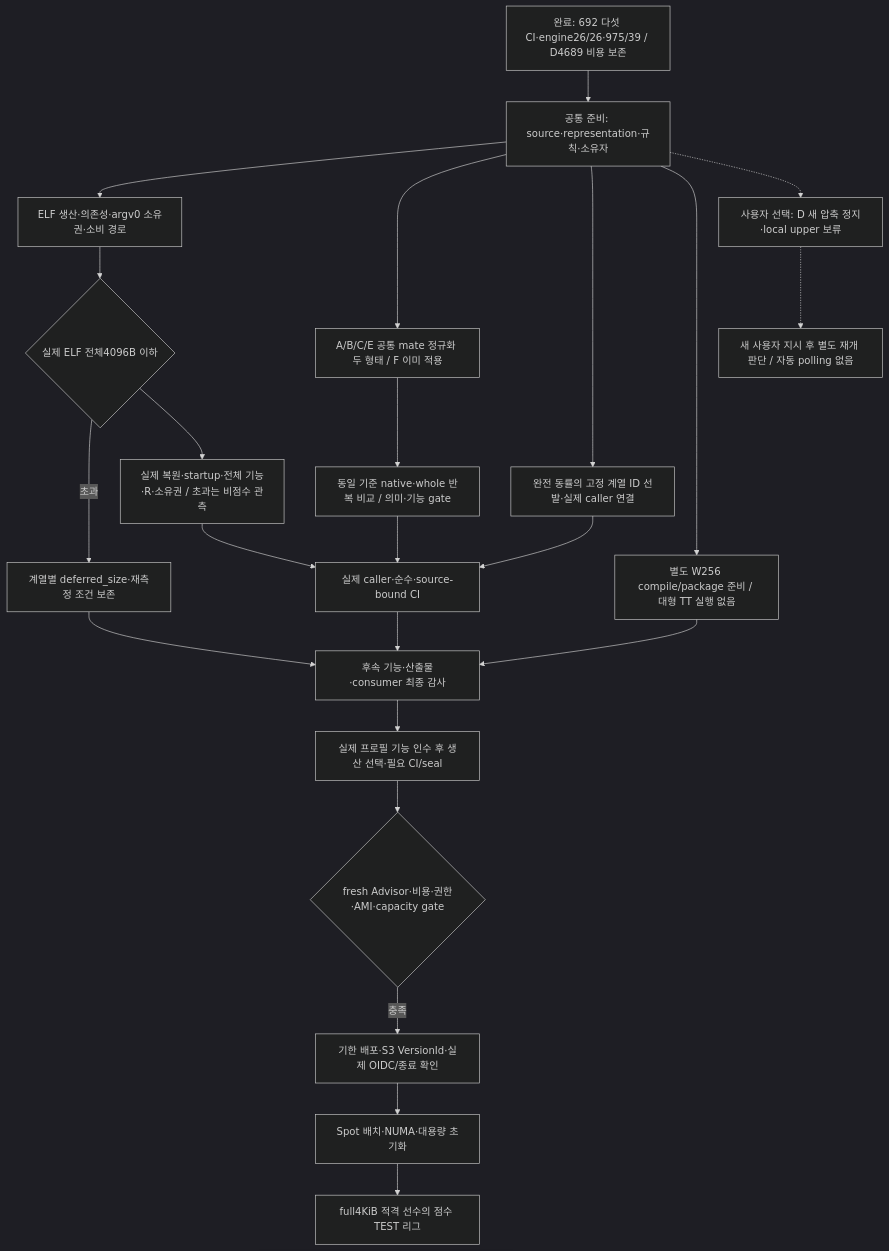
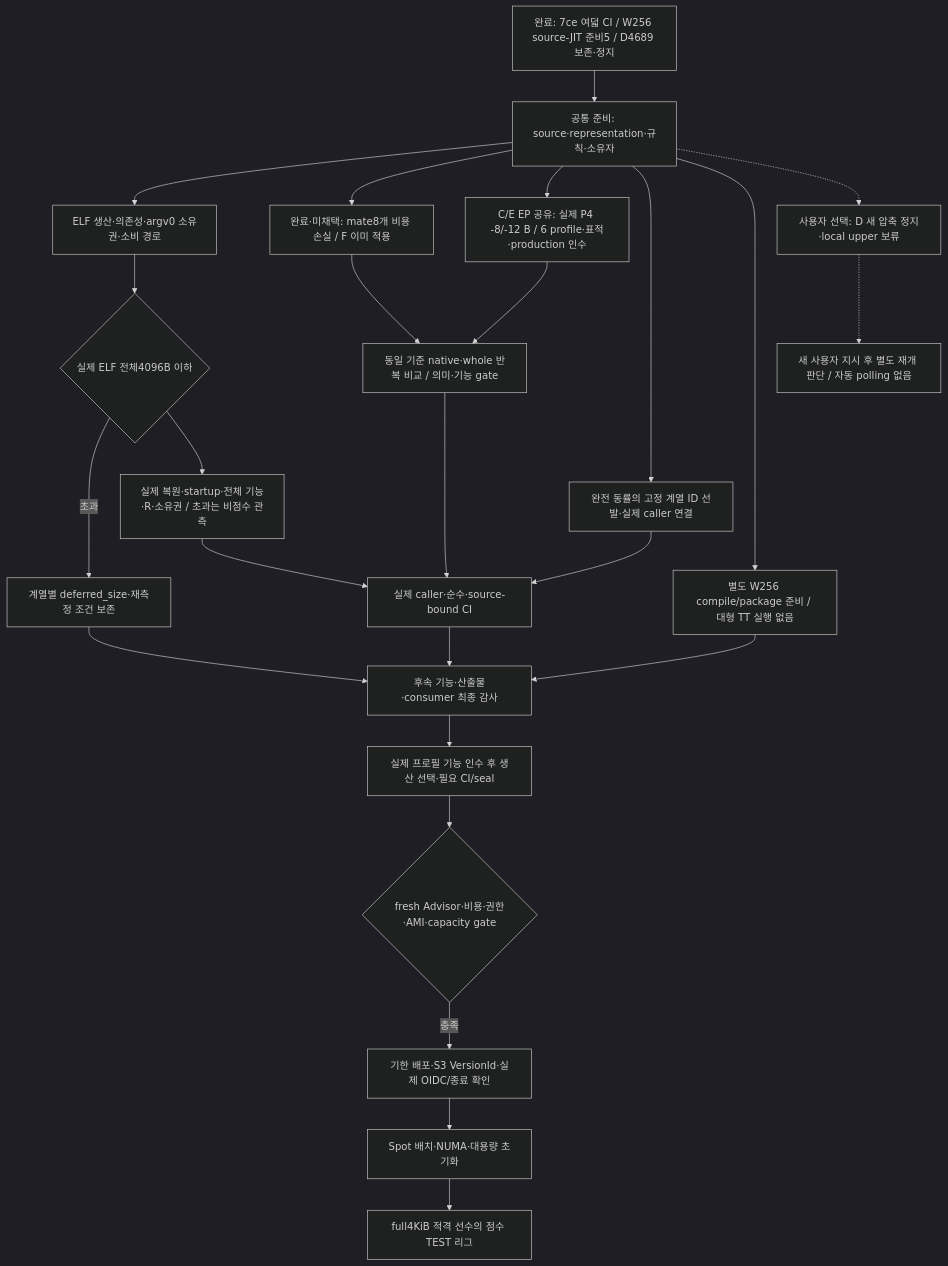
One commit to daejunnom/Rove4k changed the fourth of 4 diagrams in docs/ENGINE-PLAN.ko.md. Above: the diagram before and after it, drawn with Mermaid (dark theme). The commit also changed other lines of this file and 24 other files, not shown here.

```diff
--- a/docs/ENGINE-PLAN.ko.md
+++ b/docs/ENGINE-PLAN.ko.md
@@ -710,25 +710,27 @@
 ~~~mermaid
 flowchart TD
-  DONE[완료: 692 다섯 CI·engine26/26·975/39 / D4689 비용 보존] --> PREP[공통 준비: source·representation·규칙·소유자]
+  DONE[완료: 7ce 여덟 CI / W256 source-JIT 준비5 / D4689 보존·정지] --> PREP[공통 준비: source·representation·규칙·소유자]
   PREP --> ELF[ELF 생산·의존성·argv0 소유권·소비 경로]
-  PREP --> MATE[A/B/C/E 공통 mate 정규화 두 형태 / F 이미 적용]
+  PREP --> MATE[완료·미채택: mate8개 비용 손실 / F 이미 적용]
+  PREP --> EP[C/E EP 공유: 실제 P4 -8/-12 B / 6 profile·표적·production 인수]
   PREP --> LEAGUEFIX[완전 동률의 고정 계열 ID 선발·실제 caller 연결]
   PREP --> W256[별도 W256 compile/package 준비 / 대형 TT 실행 없음]
   ELF --> SIZE{실제 ELF 전체4096B 이하}
   SIZE -->|초과| DEFER[계열별 deferred_size·재측정 조건 보존]
   SIZE --> ELFR[실제 복원·startup·전체 기능·R·소유권 / 초과는 비점수 관측]
   MATE --> COST[동일 기준 native·whole 반복 비교 / 의미·기능 gate]
+  EP --> COST
   LEAGUEFIX --> CI[실제 caller·순수·source-bound CI]
   COST --> CI
   ELFR --> CI
   DEFER --> NEXTAUDIT[후속 기능·산출물·consumer 최종 감사]
   W256 --> NEXTAUDIT
   CI --> NEXTAUDIT
   PREP -.-> DHOLD[사용자 선택: D 새 압축 정지·local upper 보류]
   DHOLD -.-> RESUME[새 사용자 지시 후 별도 재개 판단 / 자동 polling 없음]
   NEXTAUDIT --> SELECT[실제 프로필 기능 인수 후 생산 선택·필요 CI/seal]
   SELECT --> GATE{fresh Advisor·비용·권한·AMI·capacity gate}
   GATE -->|충족| LIVE[기한 배포·S3 VersionId·실제 OIDC/종료 확인]
   LIVE --> NUMA[Spot 배치·NUMA·대용량 초기화]
   NUMA --> LEAGUE[full4KiB 적격 선수의 점수 TEST 리그]
 ~~~
```
